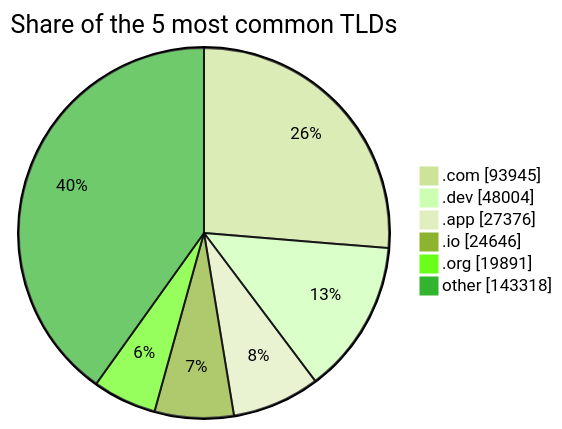
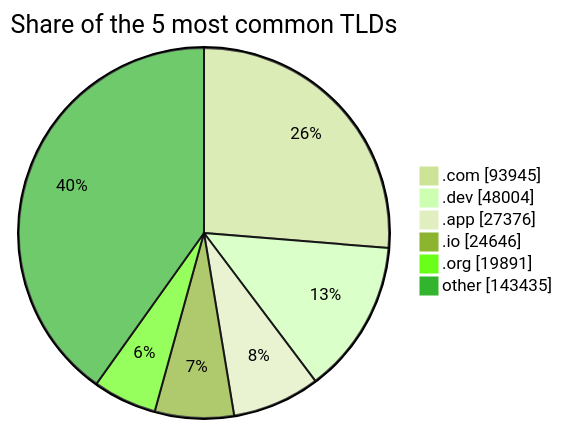
One commit to DNSBunker/CTI changed the third of 3 diagrams in README.md. Above: the diagram before and after it, drawn with Mermaid (forest theme). The commit also changed other lines of this file and 3 other files, not shown here.

````diff
--- a/README.md
+++ b/README.md
@@ -81,9 +81,9 @@
 ```mermaid
 pie showData title Share of the 5 most common TLDs
     ".com" : 93945
     ".dev" : 48004
     ".app" : 27376
     ".io" : 24646
     ".org" : 19891
-    "other" : 143318
+    "other" : 143435
 ```
````
